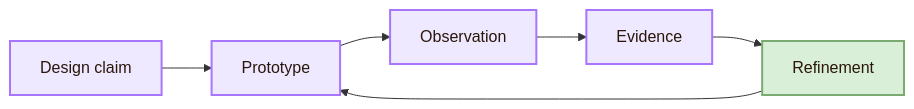
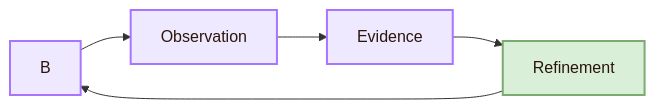
Diagram 12 of 12 in 01_Core_Area_HCI/001_Subareas/02_System_Design/Activities/Design.md (andreitegzes06-ui/CogniShire), drawn with Mermaid before and after one commit. The commit also changed other lines of this file and 131 other files, not shown here.

````diff
--- a/01_Core_Area_HCI/001_Subareas/02_System_Design/Activities/Design.md
+++ b/01_Core_Area_HCI/001_Subareas/02_System_Design/Activities/Design.md
@@ -439,14 +435,13 @@
 ```mermaid
 flowchart LR
-    A[Design claim] --> B[Prototype]
     B --> C[Observation]
     C --> D[Evidence]
     D --> E[Refinement]
     E --> B
 
     classDef node fill:#eee9ff,stroke:#a875ff,color:#2b160b,stroke-width:2px;
     classDef final fill:#d9efd7,stroke:#7cab72,color:#2b160b,stroke-width:2px;
 
     class A,B,C,D node;
     class E final;
 ```
````
